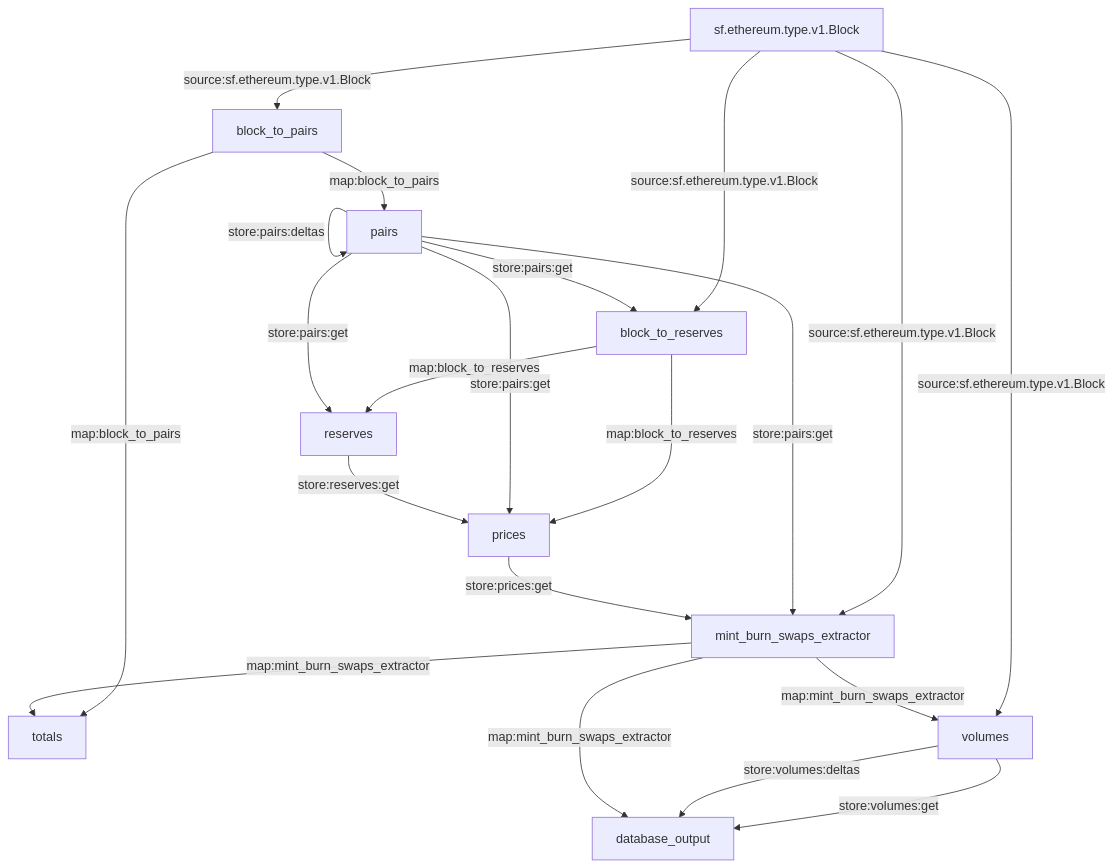
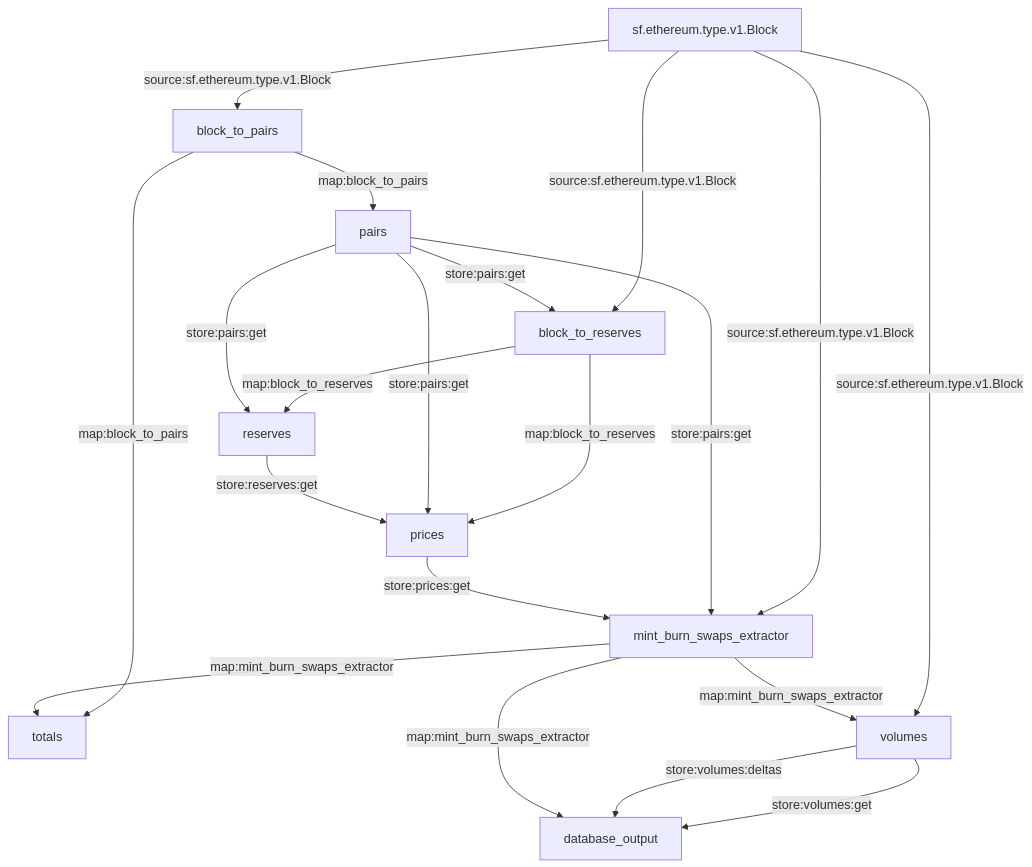
One commit to streamingfast/substreams-playground changed the first of 2 diagrams in README.md. Above: the diagram before and after it, drawn with Mermaid. The commit also changed other lines of this file and 2 other files, not shown here.

````diff
--- a/README.md
+++ b/README.md
@@ -59,23 +59,22 @@
 ```mermaid
 graph TD;
   sf.ethereum.type.v1.Block -- "source:sf.ethereum.type.v1.Block" --> block_to_pairs
   block_to_pairs -- "map:block_to_pairs" --> pairs
-  pairs -- "store:pairs:deltas" --> pairs
   sf.ethereum.type.v1.Block -- "source:sf.ethereum.type.v1.Block" --> block_to_reserves
   pairs -- "store:pairs:get" --> block_to_reserves
   block_to_reserves -- "map:block_to_reserves" --> reserves
   pairs -- "store:pairs:get" --> reserves
   block_to_reserves -- "map:block_to_reserves" --> prices
   pairs -- "store:pairs:get" --> prices
   reserves -- "store:reserves:get" --> prices
   sf.ethereum.type.v1.Block -- "source:sf.ethereum.type.v1.Block" --> mint_burn_swaps_extractor
   pairs -- "store:pairs:get" --> mint_burn_swaps_extractor
   prices -- "store:prices:get" --> mint_burn_swaps_extractor
   block_to_pairs -- "map:block_to_pairs" --> totals
   mint_burn_swaps_extractor -- "map:mint_burn_swaps_extractor" --> totals
   sf.ethereum.type.v1.Block -- "source:sf.ethereum.type.v1.Block" --> volumes
   mint_burn_swaps_extractor -- "map:mint_burn_swaps_extractor" --> volumes
   volumes -- "store:volumes:get" --> database_output
   volumes -- "store:volumes:deltas" --> database_output
   mint_burn_swaps_extractor -- "map:mint_burn_swaps_extractor" --> database_output
 ```
````
